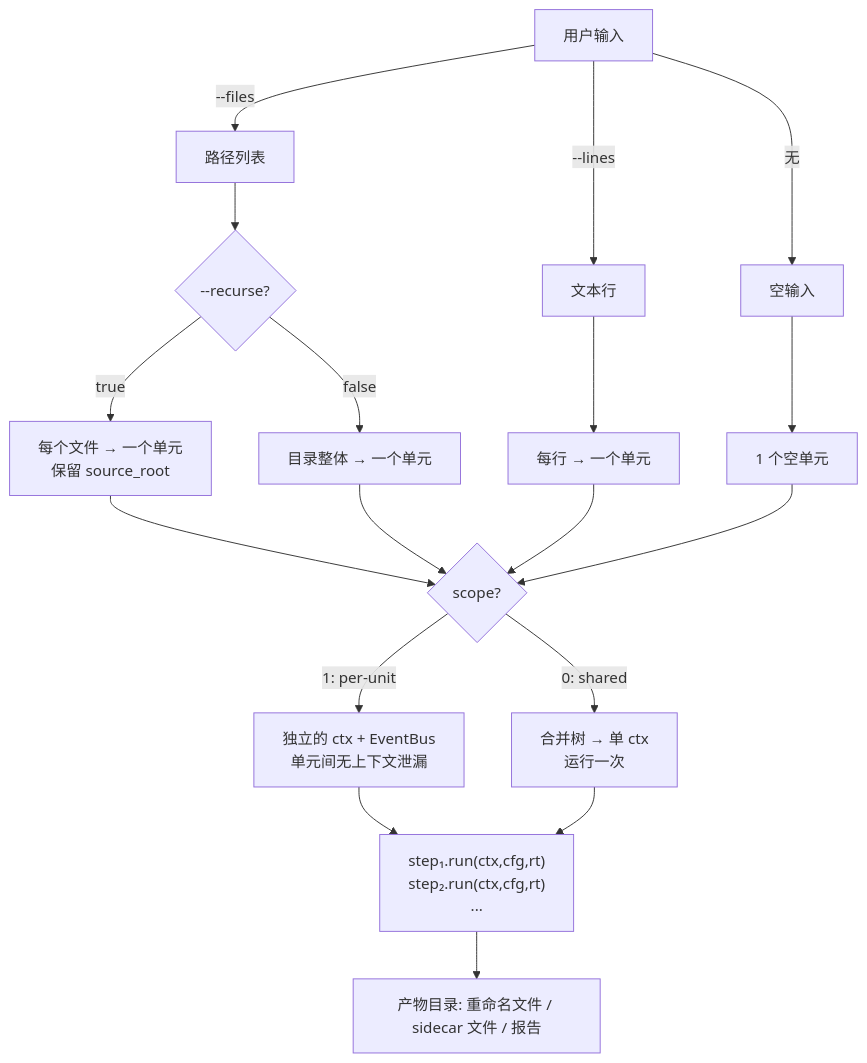
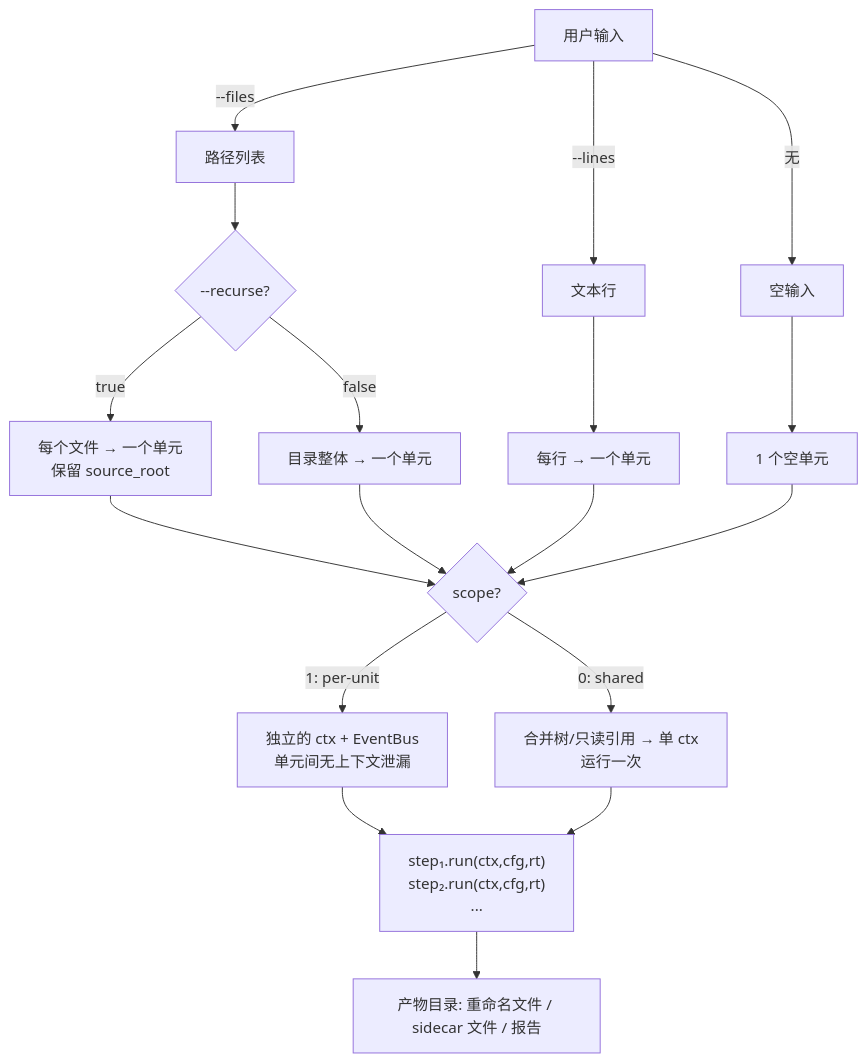
Before and after one commit to yeraph-plus/aiya-shell-works: the second of 2 diagrams in README.md, drawn with Mermaid. The commit also changed other lines of this file and 39 other files, not shown here.

````diff
--- a/README.md
+++ b/README.md
@@ -79,26 +79,26 @@
 ```mermaid
 flowchart TD
     INPUT["用户输入"] -->|--files| FILES["路径列表"]
     INPUT -->|--lines| LINES["文本行"]
     INPUT -->|无| NONE["空输入"]
 
     FILES --> RECURSE{--recurse?}
     RECURSE -->|true| EXPAND["每个文件 → 一个单元<br/>保留 source_root"]
     RECURSE -->|false| WHOLE["目录整体 → 一个单元"]
 
     LINES --> LUNIT["每行 → 一个单元"]
     NONE --> NUNIT["1 个空单元"]
 
     EXPAND --> SCOPE{scope?}
     WHOLE --> SCOPE
     LUNIT --> SCOPE
     NUNIT --> SCOPE
 
     SCOPE -->|1: per-unit| ISOLATED["独立的 ctx + EventBus<br/>单元间无上下文泄漏"]
-    SCOPE -->|0: shared| SHARED["合并树 → 单 ctx<br/>运行一次"]
+    SCOPE -->|0: shared| SHARED["合并树/只读引用 → 单 ctx<br/>运行一次"]
 
     ISOLATED --> STEPS["step₁.run(ctx,cfg,rt)<br/>step₂.run(ctx,cfg,rt)<br/>..."]
     SHARED --> STEPS
 
     STEPS --> OUT["产物目录: 重命名文件 / sidecar 文件 / 报告"]
 ```
````
